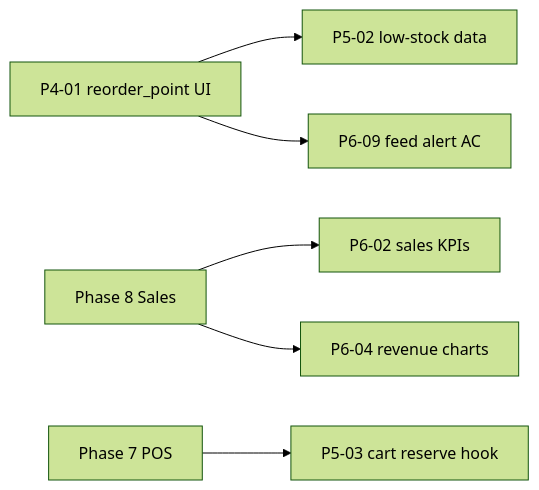
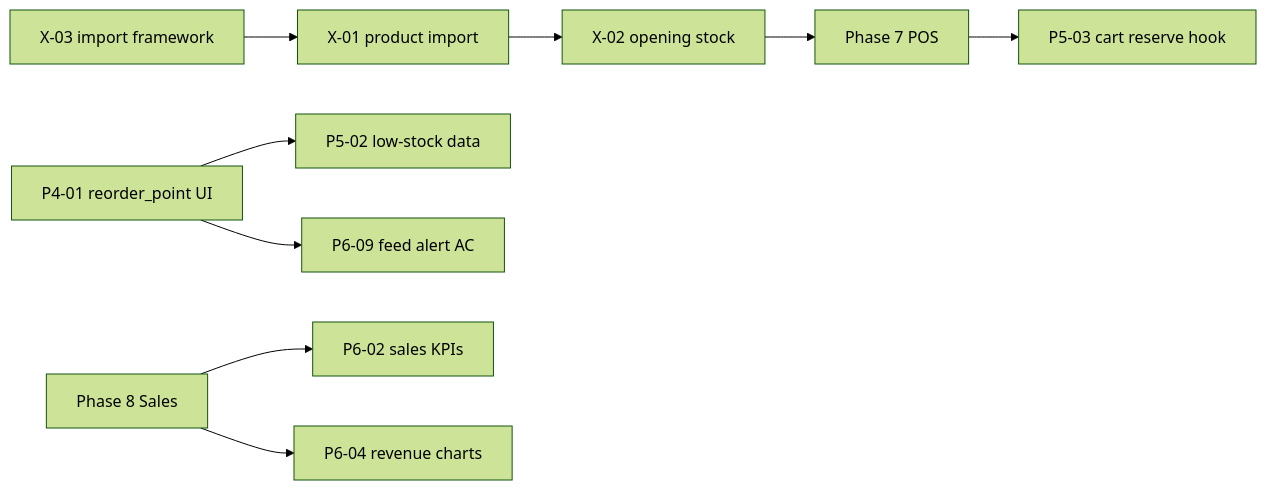
One commit to Mohammad-Arslan/retailpulse changed the diagram in docs/gaps/gaps.md. Above: the diagram before and after it, drawn with Mermaid (forest theme). The commit also changed other lines of this file and 10 other files, not shown here.

````diff
--- a/docs/gaps/gaps.md
+++ b/docs/gaps/gaps.md
@@ -112,8 +131,11 @@
 ```mermaid
 flowchart LR
+  X03[X-03 import framework] --> X01[X-01 product import]
+  X01 --> X02[X-02 opening stock]
+  X02 --> P7[Phase 7 POS go-live]
   P4_01[P4-01 reorder_point UI] --> P5_02[P5-02 low-stock data]
   P4_01 --> P6_09[P6-09 feed alert AC]
   P8[Phase 8 Sales] --> P6_02[P6-02 sales KPIs]
   P8 --> P6_04[P6-04 revenue charts]
   P7[Phase 7 POS] --> P5_03[P5-03 cart reserve hook]
 ```
````
